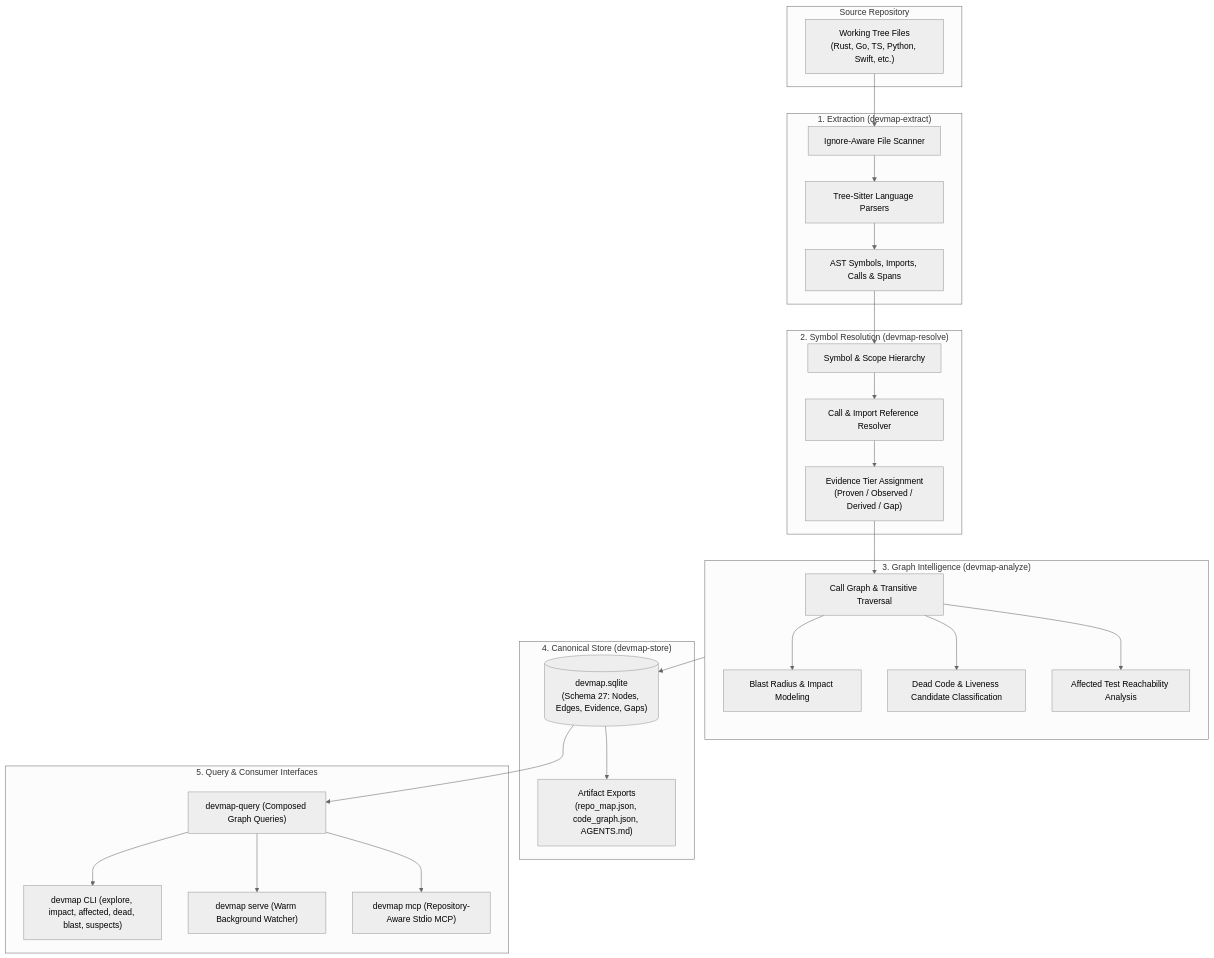
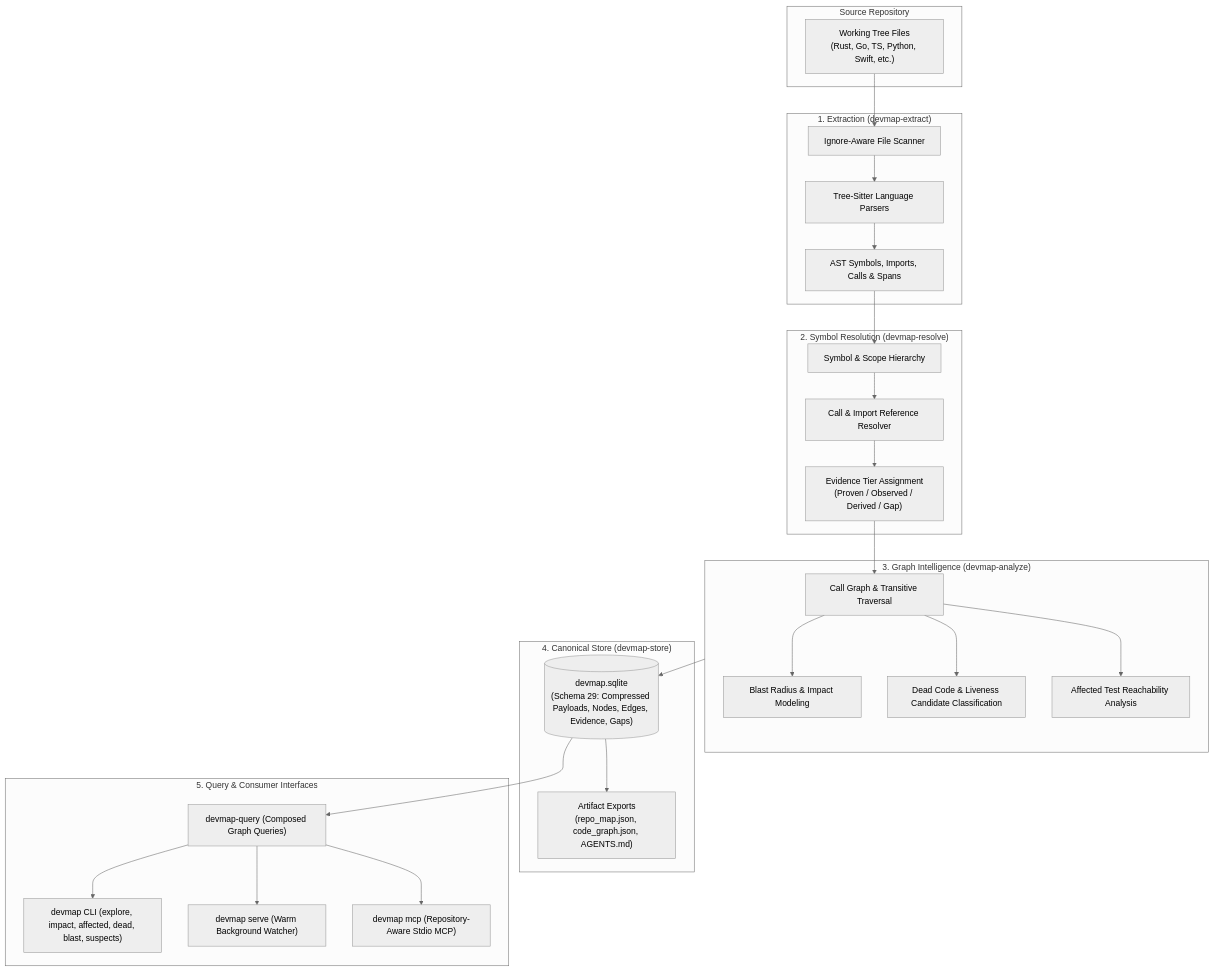
Before and after one commit to bharathvbcr/DevCouncil: the first of 5 diagrams in docs/devmap/README.md, drawn with Mermaid (neutral theme). The commit also changed 3 other files, not shown here.

````diff
--- a/docs/devmap/README.md
+++ b/docs/devmap/README.md
@@ -42,52 +42,52 @@
 ```mermaid
 flowchart TD
     subgraph Source["Source Repository"]
         Files["Working Tree Files<br/>(Rust, Go, TS, Python, Swift, etc.)"]
     end
 
     subgraph Extraction["1. Extraction (devmap-extract)"]
         Scanner["Ignore-Aware File Scanner"]
         TreeSitter["Tree-Sitter Language Parsers"]
         ExtractedData["AST Symbols, Imports, Calls & Spans"]
         Scanner --> TreeSitter --> ExtractedData
     end
 
     subgraph Resolution["2. Symbol Resolution (devmap-resolve)"]
         SymTable["Symbol & Scope Hierarchy"]
         EdgeResolver["Call & Import Reference Resolver"]
         EvidenceTiers["Evidence Tier Assignment<br/>(Proven / Observed / Derived / Gap)"]
         SymTable --> EdgeResolver --> EvidenceTiers
     end
 
     subgraph Analysis["3. Graph Intelligence (devmap-analyze)"]
         CallGraph["Call Graph & Transitive Traversal"]
         BlastRadius["Blast Radius & Impact Modeling"]
         DeadCode["Dead Code & Liveness Candidate Classification"]
         TestReach["Affected Test Reachability Analysis"]
         CallGraph --> BlastRadius
         CallGraph --> DeadCode
         CallGraph --> TestReach
     end
 
     subgraph Storage["4. Canonical Store (devmap-store)"]
-        SQLiteStore[("devmap.sqlite<br/>(Schema 27: Nodes, Edges, Evidence, Gaps)")]
+        SQLiteStore[("devmap.sqlite<br/>(Schema 29: Compressed Payloads, Nodes, Edges, Evidence, Gaps)")]
         ManifestExports["Artifact Exports<br/>(repo_map.json, code_graph.json, AGENTS.md)"]
     end
 
     subgraph Serving["5. Query & Consumer Interfaces"]
         QueryEngine["devmap-query (Composed Graph Queries)"]
         CLI["devmap CLI (explore, impact, affected, dead, blast, suspects)"]
         Daemon["devmap serve (Warm Background Watcher)"]
         MCP["devmap mcp (Repository-Aware Stdio MCP)"]
     end
 
     Files --> Scanner
     ExtractedData --> SymTable
     EvidenceTiers --> CallGraph
     Analysis --> SQLiteStore
     SQLiteStore --> ManifestExports
     SQLiteStore --> QueryEngine
     QueryEngine --> CLI
     QueryEngine --> Daemon
     QueryEngine --> MCP
 ```
````
